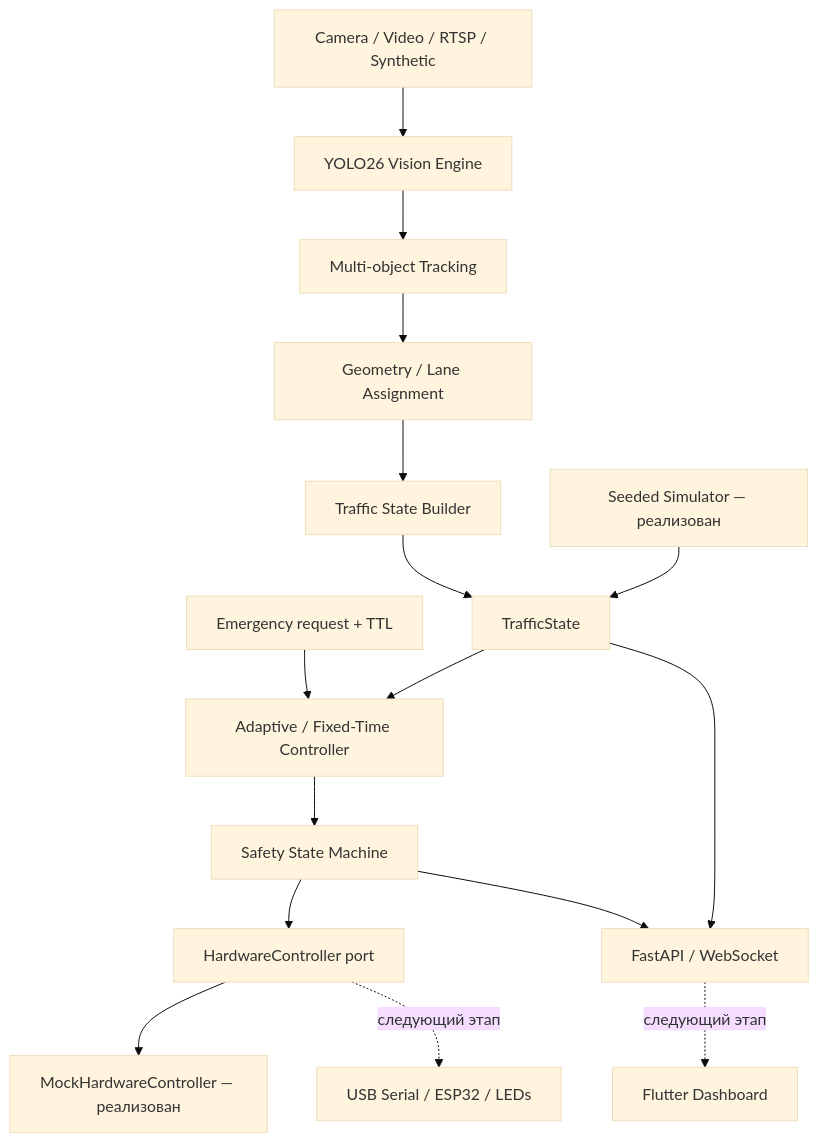
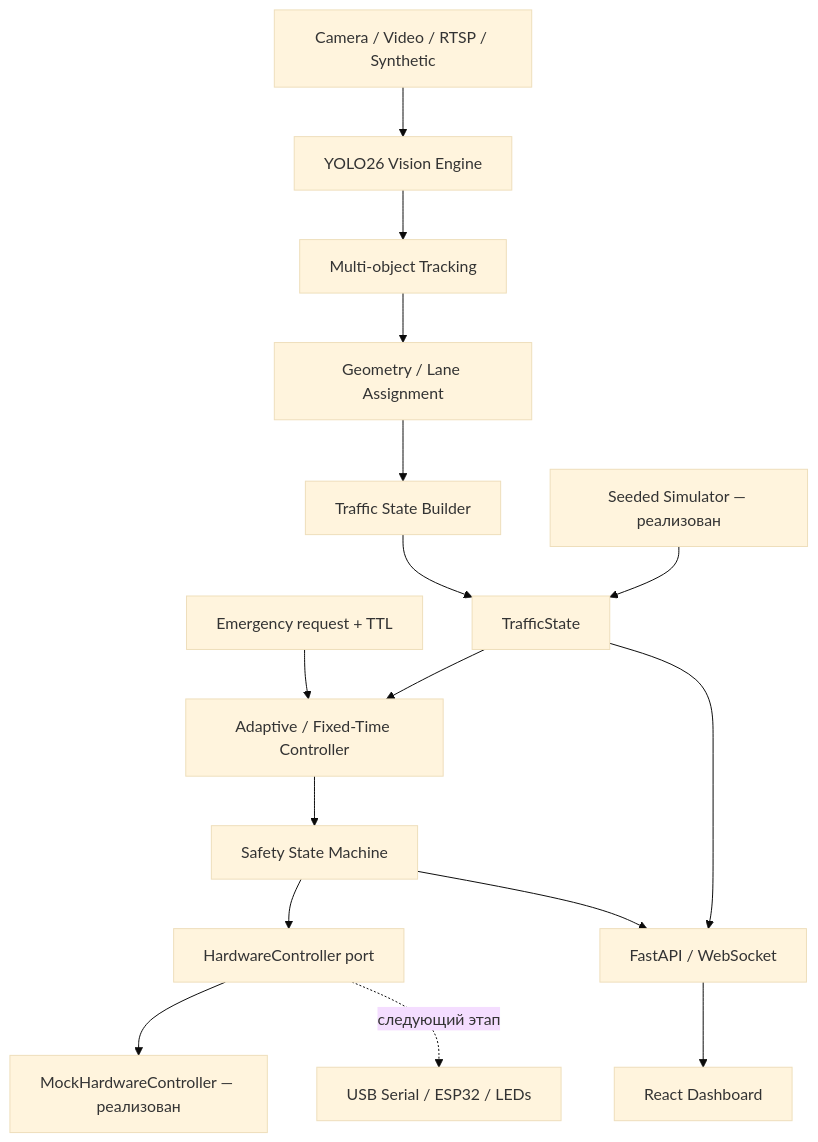
The first of 2 diagrams in README.md (Krekker0101/RohAI), drawn with Mermaid (base theme) before and after one commit. The commit also changed other lines of this file and 26 other files, not shown here.

````diff
--- a/README.md
+++ b/README.md
@@ -92,18 +119,18 @@
 ```mermaid
 flowchart TD
     Camera[Camera / Video / RTSP / Synthetic] --> Vision[YOLO26 Vision Engine]
     Vision --> Tracking[Multi-object Tracking]
     Tracking --> Geometry[Geometry / Lane Assignment]
     Geometry --> Builder[Traffic State Builder]
     Simulator[Seeded Simulator — реализован] --> State[TrafficState]
     Builder --> State
     State --> Decision[Adaptive / Fixed-Time Controller]
     Operator[Emergency request + TTL] --> Decision
     Decision --> Safety[Safety State Machine]
     Safety --> Gateway[HardwareController port]
     Gateway --> Mock[MockHardwareController — реализован]
     Gateway -. следующий этап .-> ESP[USB Serial / ESP32 / LEDs]
     State --> API[FastAPI / WebSocket]
     Safety --> API
-    API -. следующий этап .-> Flutter[Flutter Dashboard]
+    API --> Dashboard[React Dashboard]
 ```
````
